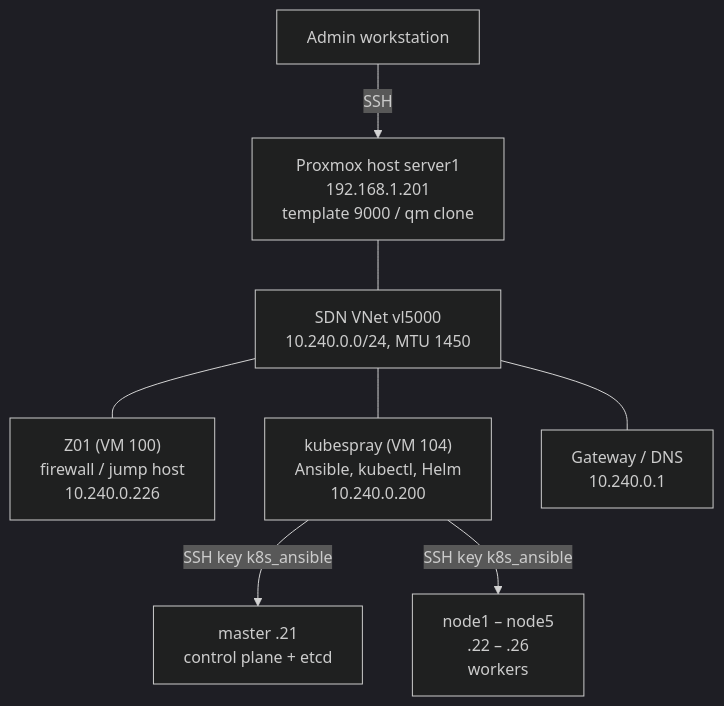
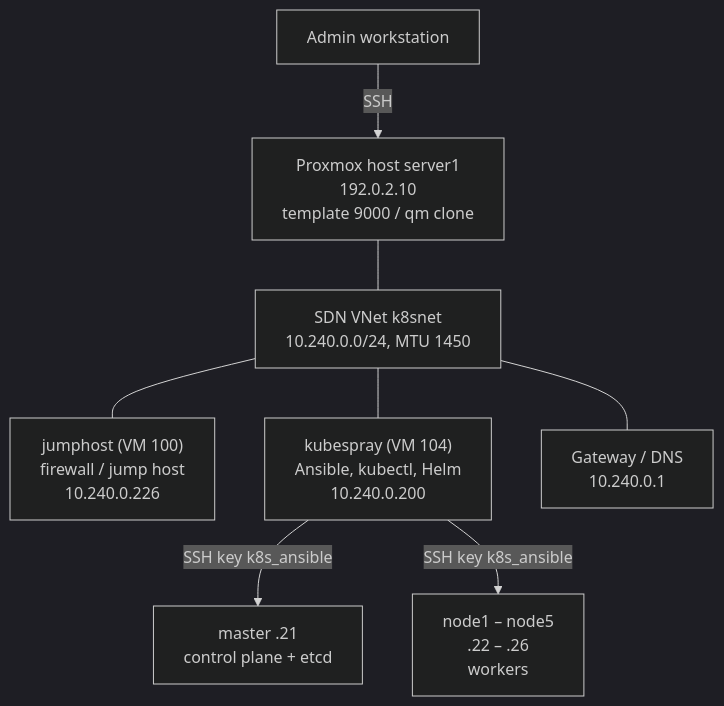
Before and after one commit to elham-zahedi/k8s-opendesk-homelab: the diagram in docs/02-kubernetes-cluster-kubespray.md, drawn with Mermaid (dark theme). The commit also changed other lines of this file and 11 other files, not shown here.

````diff
--- a/docs/02-kubernetes-cluster-kubespray.md
+++ b/docs/02-kubernetes-cluster-kubespray.md
@@ -23,10 +23,10 @@
 ```mermaid
 flowchart TB
-    pc["Admin workstation"] -->|SSH| pve["Proxmox host server1<br/>192.168.1.201<br/>template 9000 / qm clone"]
-    pve --- net["SDN VNet vl5000<br/>10.240.0.0/24, MTU 1450"]
-    net --- z01["Z01 (VM 100)<br/>firewall / jump host<br/>10.240.0.226"]
+    pc["Admin workstation"] -->|SSH| pve["Proxmox host server1<br/>192.0.2.10<br/>template 9000 / qm clone"]
+    pve --- net["SDN VNet k8snet<br/>10.240.0.0/24, MTU 1450"]
+    net --- jumphost["jumphost (VM 100)<br/>firewall / jump host<br/>10.240.0.226"]
     net --- ks["kubespray (VM 104)<br/>Ansible, kubectl, Helm<br/>10.240.0.200"]
     net --- gw["Gateway / DNS<br/>10.240.0.1"]
     ks -->|SSH key k8s_ansible| master["master .21<br/>control plane + etcd"]
     ks -->|SSH key k8s_ansible| workers["node1 – node5<br/>.22 – .26<br/>workers"]
 ```
````
